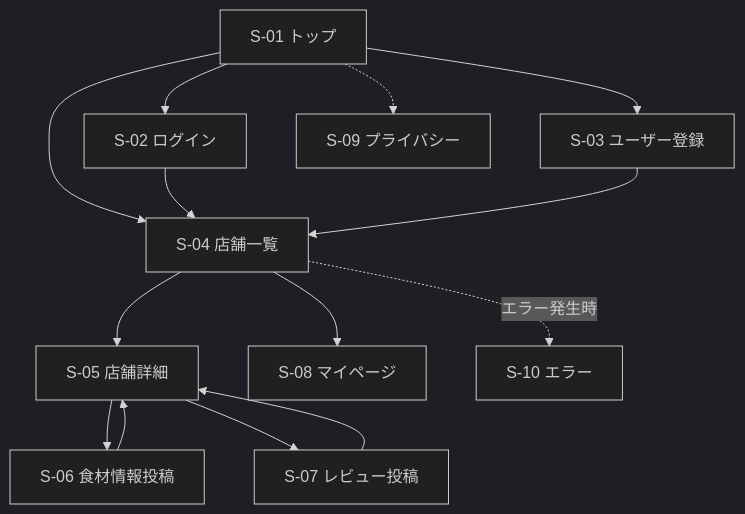
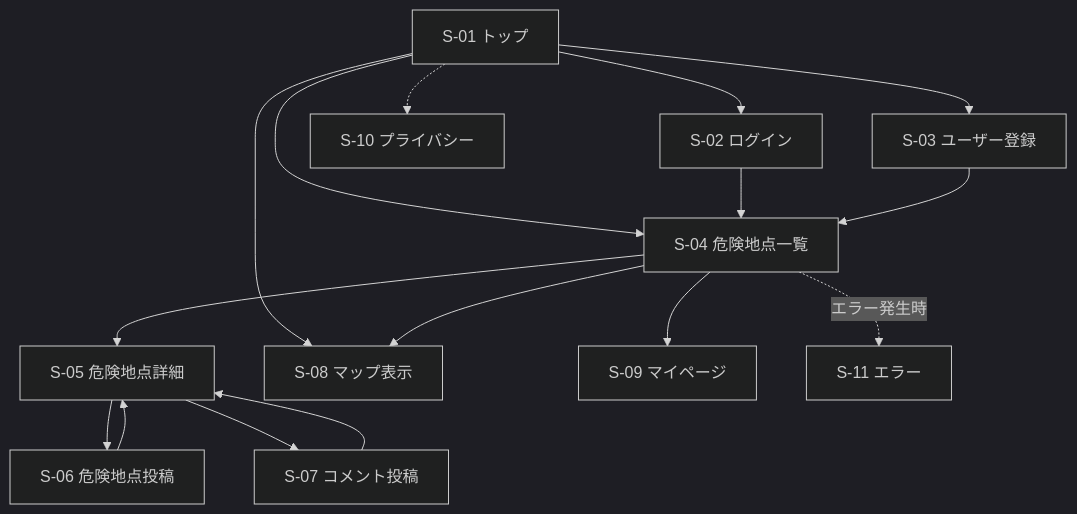
Before and after one commit to ShimosatoRen/SafeBite-VNJP: the diagram in SafeBite-VNJP/design/外部設計設計.md, drawn with Mermaid (dark theme). The commit also changed other lines of this file and 1 other file, not shown here.

````diff
--- a/SafeBite-VNJP/design/外部設計設計.md
+++ b/SafeBite-VNJP/design/外部設計設計.md
@@ -46,35 +47,38 @@
 ```mermaid
 flowchart TD
 
     Top["S-01 トップ"]
     Login["S-02 ログイン"]
     Register["S-03 ユーザー登録"]
-    RestaurantList["S-04 店舗一覧"]
-    RestaurantDetails["S-05 店舗詳細"]
-    IngredientCreate["S-06 食材情報投稿"]
-    ReviewCreate["S-07 レビュー投稿"]
-    MyPage["S-08 マイページ"]
-    Privacy["S-09 プライバシー"]
-    Error["S-10 エラー"]
+    DangerList["S-04 危険地点一覧"]
+    DangerDetails["S-05 危険地点詳細"]
+    DangerCreate["S-06 危険地点投稿"]
+    CommentCreate["S-07 コメント投稿"]
+    Map["S-08 マップ表示"]
+    MyPage["S-09 マイページ"]
+    Privacy["S-10 プライバシー"]
+    Error["S-11 エラー"]
 
     Top --> Login
     Top --> Register
-    Top --> RestaurantList
+    Top --> DangerList
+    Top --> Map
 
-    Login --> RestaurantList
-    Register --> RestaurantList
+    Login --> DangerList
+    Register --> DangerList
 
-    RestaurantList --> RestaurantDetails
+    DangerList --> DangerDetails
+    DangerList --> Map
 
-    RestaurantDetails --> IngredientCreate
-    RestaurantDetails --> ReviewCreate
+    DangerDetails --> DangerCreate
+    DangerDetails --> CommentCreate
 
-    IngredientCreate --> RestaurantDetails
-    ReviewCreate --> RestaurantDetails
+    DangerCreate --> DangerDetails
+    CommentCreate --> DangerDetails
 
-    RestaurantList --> MyPage
+    DangerList --> MyPage
 
     Top -.-> Privacy
 
-    RestaurantList -. エラー発生時 .-> Error
+    DangerList -. エラー発生時 .-> Error
 ```
````
